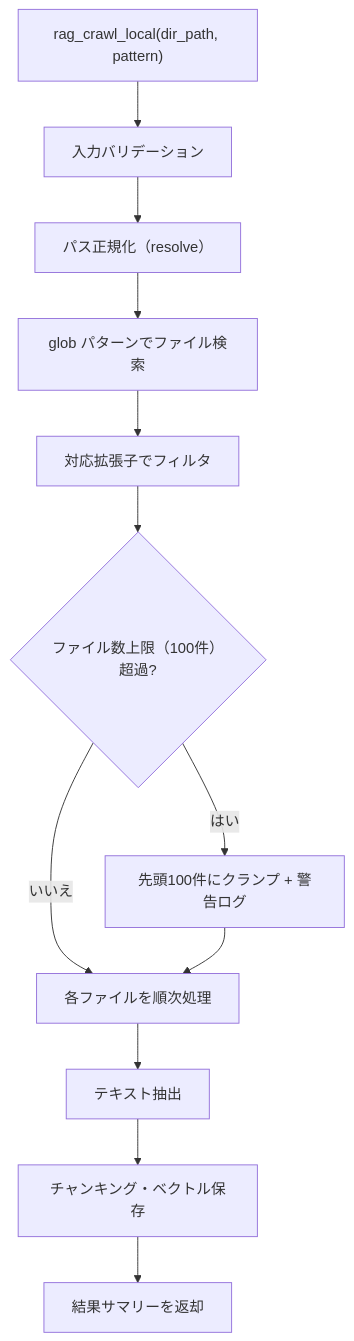
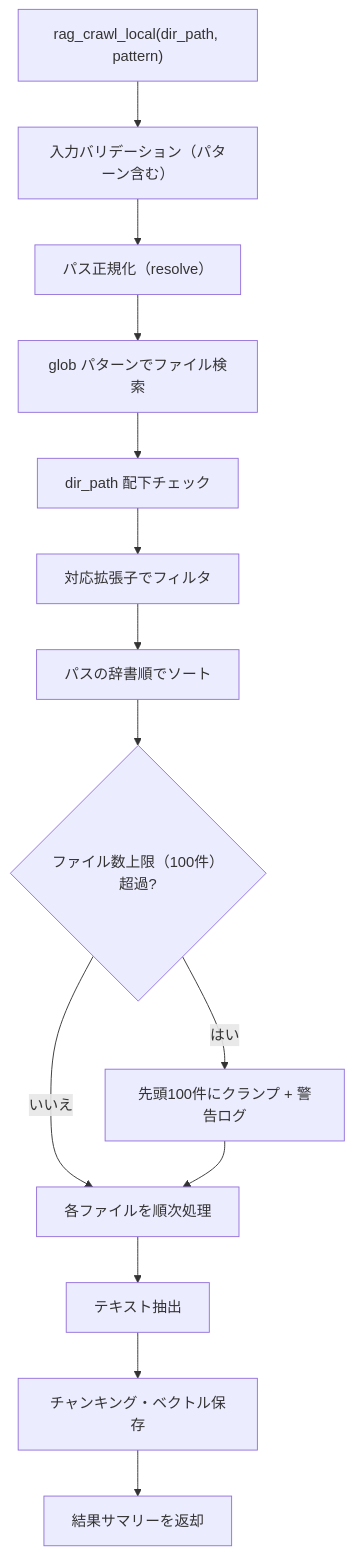
One commit to becky3/rag-knowledge changed the third of 3 diagrams in docs/specs/local-file-ingester.md. Above: the diagram before and after it, drawn with Mermaid. The commit also changed other lines of this file, not shown here.

````diff
--- a/docs/specs/local-file-ingester.md
+++ b/docs/specs/local-file-ingester.md
@@ -161,26 +167,30 @@
 ```mermaid
 flowchart TD
     START["rag_crawl_local(dir_path, pattern)"]
-    VALIDATE["入力バリデーション"]
+    VALIDATE["入力バリデーション（パターン含む）"]
     RESOLVE["パス正規化（resolve）"]
     GLOB["glob パターンでファイル検索"]
+    CONTAIN["dir_path 配下チェック"]
     FILTER["対応拡張子でフィルタ"]
+    SORT["パスの辞書順でソート"]
     CHECK_LIMIT{"ファイル数上限（100件）超過?"}
     CLAMP["先頭100件にクランプ + 警告ログ"]
     LOOP["各ファイルを順次処理"]
     EXTRACT["テキスト抽出"]
     INGEST["チャンキング・ベクトル保存"]
     RESULT["結果サマリーを返却"]
 
     START --> VALIDATE
     VALIDATE --> RESOLVE
     RESOLVE --> GLOB
-    GLOB --> FILTER
-    FILTER --> CHECK_LIMIT
+    GLOB --> CONTAIN
+    CONTAIN --> FILTER
+    FILTER --> SORT
+    SORT --> CHECK_LIMIT
     CHECK_LIMIT -->|"はい"| CLAMP
     CHECK_LIMIT -->|"いいえ"| LOOP
     CLAMP --> LOOP
     LOOP --> EXTRACT
     EXTRACT --> INGEST
     INGEST --> RESULT
 ```
````
